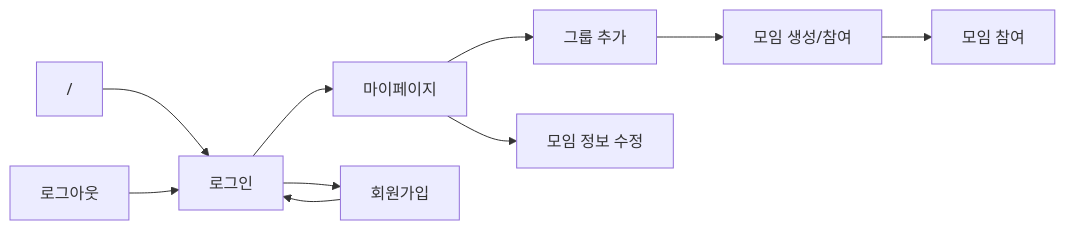
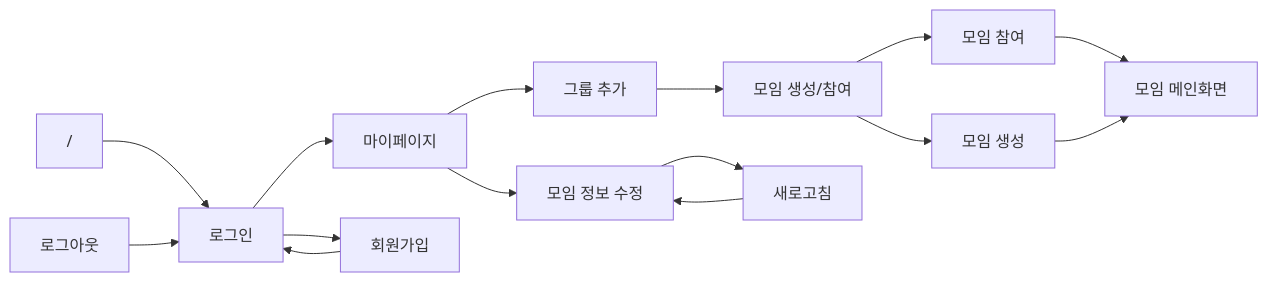
One commit to chrimp/skkulife changed the diagram in README.md. Above: the diagram before and after it, drawn with Mermaid. The commit also changed other lines of this file and 3 other files, not shown here.

````diff
--- a/README.md
+++ b/README.md
@@ -14,20 +2,27 @@
 ```mermaid
 graph LR;
     LOGIN[로그인];
     USERINFO[마이페이지];
     SIGNUP[회원가입];
     NEWGROUP[그룹 추가];
     CREATEORJOIN[모임 생성/참여];
+    CREATEGROUP[모임 생성]
     JOINGROUP[모임 참여];
-    GROUPINFO[모임 정보 수정]
+    GROUPINFO[모임 정보 수정];
+    GROUPMAIN[모임 메인화면];
 
     LOGIN-->USERINFO;
     LOGIN-->SIGNUP;
     SIGNUP-->LOGIN;
     USERINFO-->NEWGROUP;
     NEWGROUP-->CREATEORJOIN;
     CREATEORJOIN-->JOINGROUP;
+    CREATEORJOIN-->CREATEGROUP;
+    JOINGROUP-->GROUPMAIN;
+    CREATEGROUP-->GROUPMAIN;
     USERINFO-->GROUPINFO;
+    GROUPINFO-->REFRESH[새로고침];
+    REFRESH[새로고침]-->GROUPINFO;
     INDEX["/"]-->LOGIN;
     LOGOUT[로그아웃]-->LOGIN;
 ```
````
